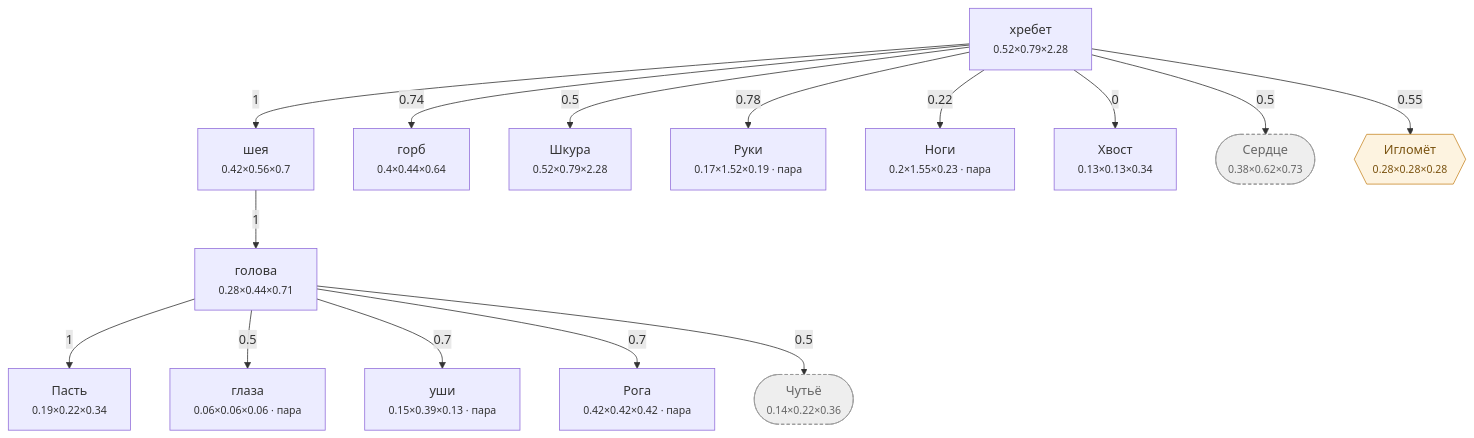
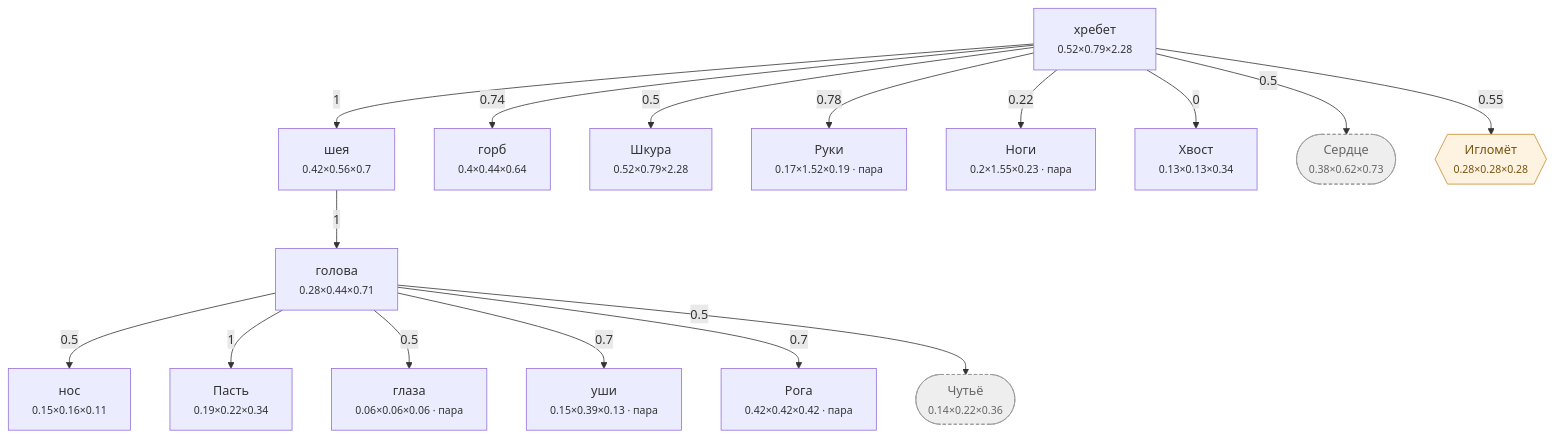
Before and after one commit to darklordshish/ChimeraEvolution-2026-06-26_15-29-59: the diagram in Docs/Диаграммы/Лось.md, drawn with Mermaid. The commit also changed other lines of this file and 9 other files, not shown here.

````diff
--- a/Docs/Диаграммы/Лось.md
+++ b/Docs/Диаграммы/Лось.md
@@ -23,39 +24,41 @@
 ```mermaid
 flowchart TD
     n0["хребет<br/><small>0.52×0.79×2.28</small>"]
-    n1["голова<br/><small>0.28×0.44×0.71</small>"]
-    n2["Пасть<br/><small>0.19×0.22×0.34</small>"]
-    n3["глаза<br/><small>0.06×0.06×0.06 · пара</small>"]
-    n4["уши<br/><small>0.15×0.39×0.13 · пара</small>"]
-    n5["шея<br/><small>0.42×0.56×0.7</small>"]
-    n6["горб<br/><small>0.4×0.44×0.64</small>"]
-    n7["Шкура<br/><small>0.52×0.79×2.28</small>"]
-    n8["Руки<br/><small>0.17×1.52×0.19 · пара</small>"]
-    n9["Ноги<br/><small>0.2×1.55×0.23 · пара</small>"]
-    n10["Хвост<br/><small>0.13×0.13×0.34</small>"]
-    n11["Рога<br/><small>0.42×0.42×0.42 · пара</small>"]
-    n12(["Сердце<br/><small>0.38×0.62×0.73</small>"])
-    n13(["Чутьё<br/><small>0.14×0.22×0.36</small>"])
-    n14{{"Игломёт<br/><small>0.28×0.28×0.28</small>"}}
+    n1["нос<br/><small>0.15×0.16×0.11</small>"]
+    n2["голова<br/><small>0.28×0.44×0.71</small>"]
+    n3["Пасть<br/><small>0.19×0.22×0.34</small>"]
+    n4["глаза<br/><small>0.06×0.06×0.06 · пара</small>"]
+    n5["уши<br/><small>0.15×0.39×0.13 · пара</small>"]
+    n6["шея<br/><small>0.42×0.56×0.7</small>"]
+    n7["горб<br/><small>0.4×0.44×0.64</small>"]
+    n8["Шкура<br/><small>0.52×0.79×2.28</small>"]
+    n9["Руки<br/><small>0.17×1.52×0.19 · пара</small>"]
+    n10["Ноги<br/><small>0.2×1.55×0.23 · пара</small>"]
+    n11["Хвост<br/><small>0.13×0.13×0.34</small>"]
+    n12["Рога<br/><small>0.42×0.42×0.42 · пара</small>"]
+    n13(["Сердце<br/><small>0.38×0.62×0.73</small>"])
+    n14(["Чутьё<br/><small>0.14×0.22×0.36</small>"])
+    n15{{"Игломёт<br/><small>0.28×0.28×0.28</small>"}}
 
-    n5 -->|1| n1
-    n1 -->|1| n2
-    n1 -->|0.5| n3
-    n1 -->|0.7| n4
-    n0 -->|1| n5
-    n0 -->|0.74| n6
-    n0 -->|0.5| n7
-    n0 -->|0.78| n8
-    n0 -->|0.22| n9
-    n0 -->|0| n10
-    n1 -->|0.7| n11
-    n0 -->|0.5| n12
-    n1 -->|0.5| n13
-    n0 -->|0.55| n14
+    n2 -->|0.5| n1
+    n6 -->|1| n2
+    n2 -->|1| n3
+    n2 -->|0.5| n4
+    n2 -->|0.7| n5
+    n0 -->|1| n6
+    n0 -->|0.74| n7
+    n0 -->|0.5| n8
+    n0 -->|0.78| n9
+    n0 -->|0.22| n10
+    n0 -->|0| n11
+    n2 -->|0.7| n12
+    n0 -->|0.5| n13
+    n2 -->|0.5| n14
+    n0 -->|0.55| n15
 
     classDef hid fill:#eee,stroke:#999,stroke-dasharray:4 3,color:#666
     classDef gr fill:#fdf3e0,stroke:#c98a2b,color:#7a5310
     classDef ch fill:#e8f2ff,stroke:#3b74c4,color:#1c3f70
-    class n12,n13 hid
-    class n14 gr
+    class n13,n14 hid
+    class n15 gr
 ```
````
